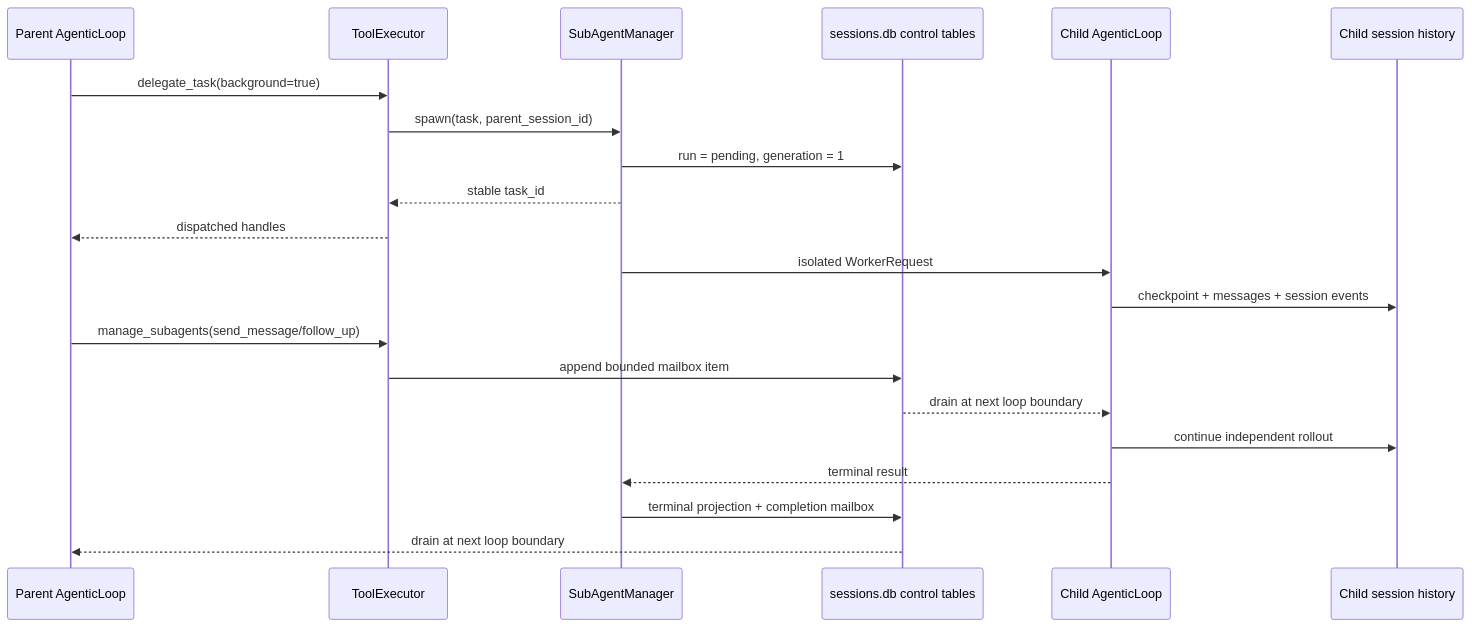
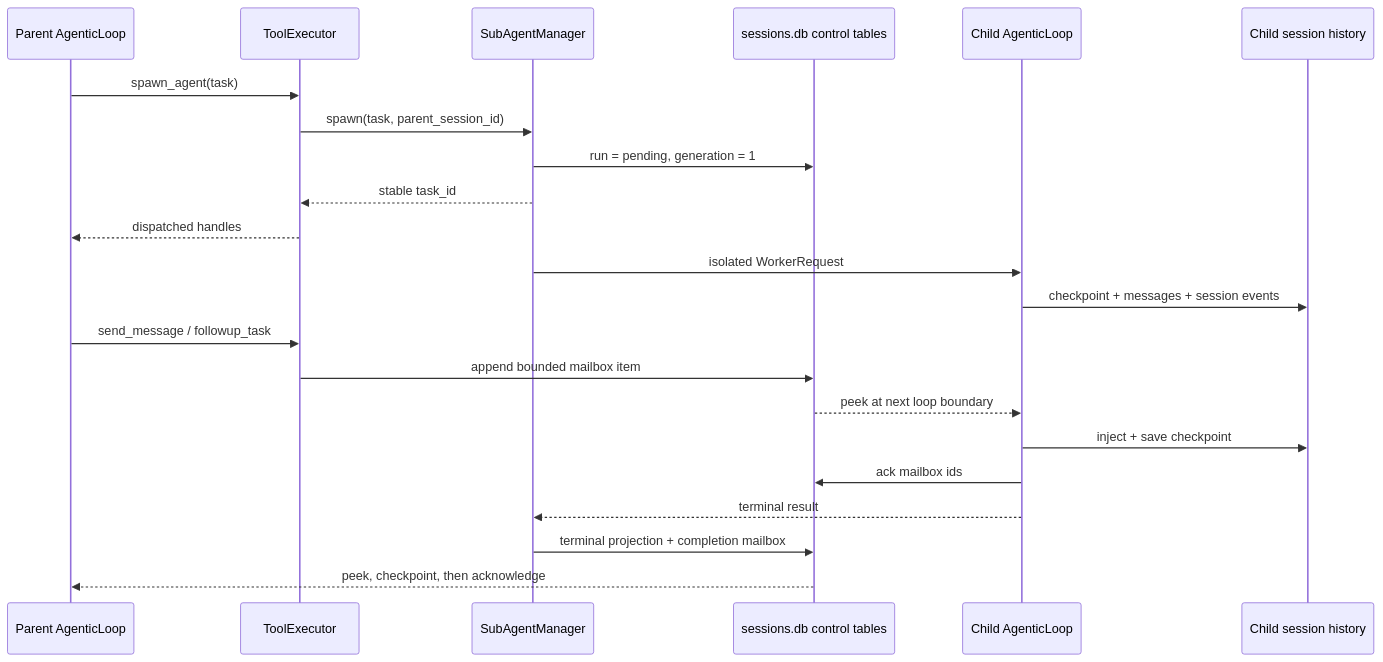
One commit to mangowhoiscloud/geode changed the first of 3 diagrams in docs/plans/2026-08-06-durable-subagent-collaboration.md. Above: the diagram before and after it, drawn with Mermaid. The commit also changed other lines of this file and 53 other files, not shown here.

````diff
--- a/docs/plans/2026-08-06-durable-subagent-collaboration.md
+++ b/docs/plans/2026-08-06-durable-subagent-collaboration.md
@@ -61,24 +63,25 @@
 ```mermaid
 sequenceDiagram
     participant P as Parent AgenticLoop
     participant T as ToolExecutor
     participant M as SubAgentManager
     participant D as sessions.db control tables
     participant C as Child AgenticLoop
     participant H as Child session history
 
-    P->>T: delegate_task(background=true)
+    P->>T: spawn_agent(task)
     T->>M: spawn(task, parent_session_id)
     M->>D: run = pending, generation = 1
     M-->>T: stable task_id
     T-->>P: dispatched handles
     M->>C: isolated WorkerRequest
     C->>H: checkpoint + messages + session events
-    P->>T: manage_subagents(send_message/follow_up)
+    P->>T: send_message / followup_task
     T->>D: append bounded mailbox item
-    D-->>C: drain at next loop boundary
-    C->>H: continue independent rollout
+    D-->>C: peek at next loop boundary
+    C->>H: inject + save checkpoint
+    C->>D: ack mailbox ids
     C-->>M: terminal result
     M->>D: terminal projection + completion mailbox
-    D-->>P: drain at next loop boundary
+    D-->>P: peek, checkpoint, then acknowledge
 ```
````
